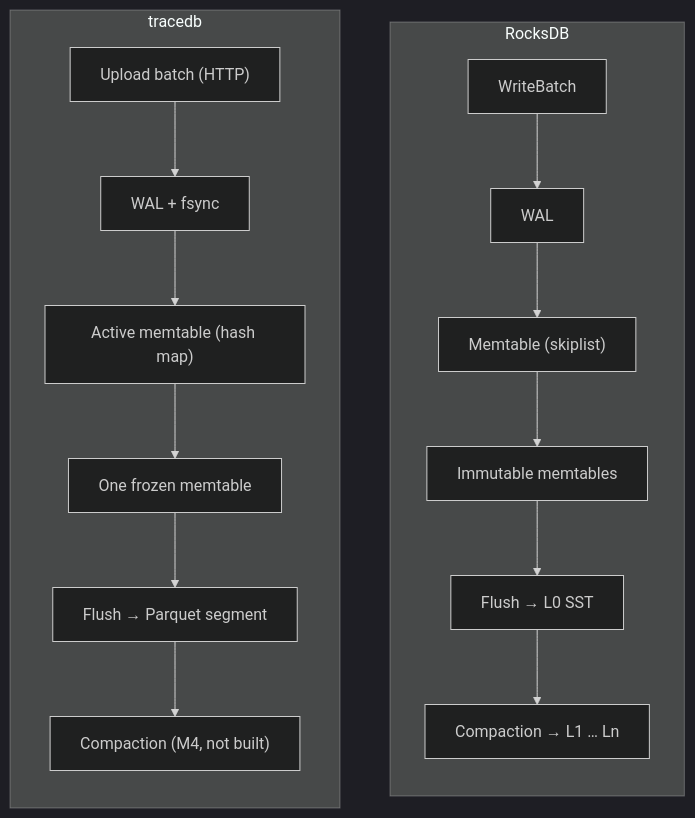
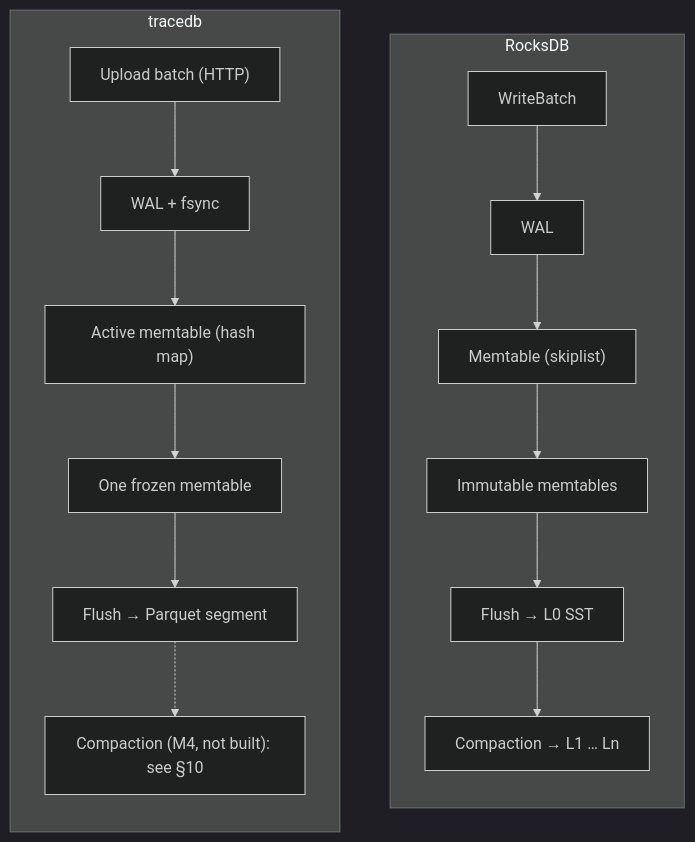
Before and after one commit to liukai/smithling: the first of 9 diagrams in ROCKSDB_COMPARISON.md, drawn with Mermaid (dark theme). The commit also changed other lines of this file, not shown here.

First line of the commit message:
docs: RocksDB comparison sketches compaction and the other unbuilt pieces

````diff
--- a/ROCKSDB_COMPARISON.md
+++ b/ROCKSDB_COMPARISON.md
@@ -40,15 +40,15 @@
 ```mermaid
 flowchart TB
     subgraph R["RocksDB"]
         direction TB
         R1["WriteBatch"] --> R2["WAL"] --> R3["Memtable (skiplist)"]
         R3 --> R4["Immutable memtables"] --> R5["Flush → L0 SST"]
         R5 --> R6["Compaction → L1 … Ln"]
     end
     subgraph T["tracedb"]
         direction TB
         T1["Upload batch (HTTP)"] --> T2["WAL + fsync"] --> T3["Active memtable (hash map)"]
         T3 --> T4["One frozen memtable"] --> T5["Flush → Parquet segment"]
-        T5 --> T6["Compaction (M4, not built)"]
+        T5 -.-> T6["Compaction (M4, not built): see §10"]
     end
 ```
````
